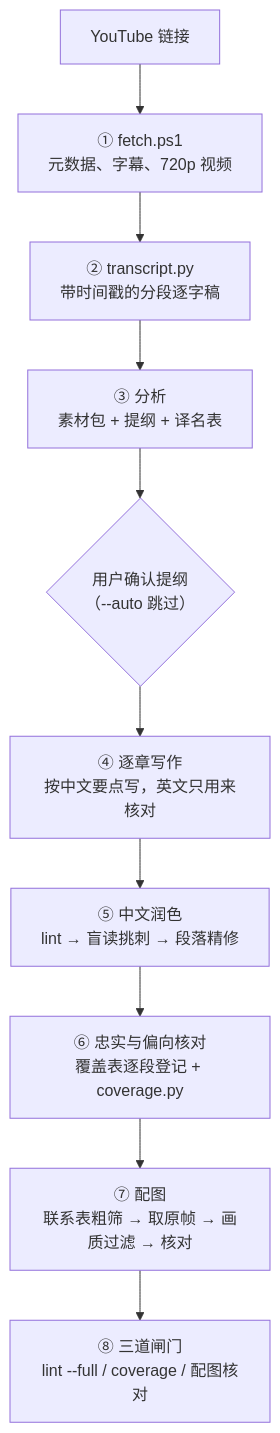
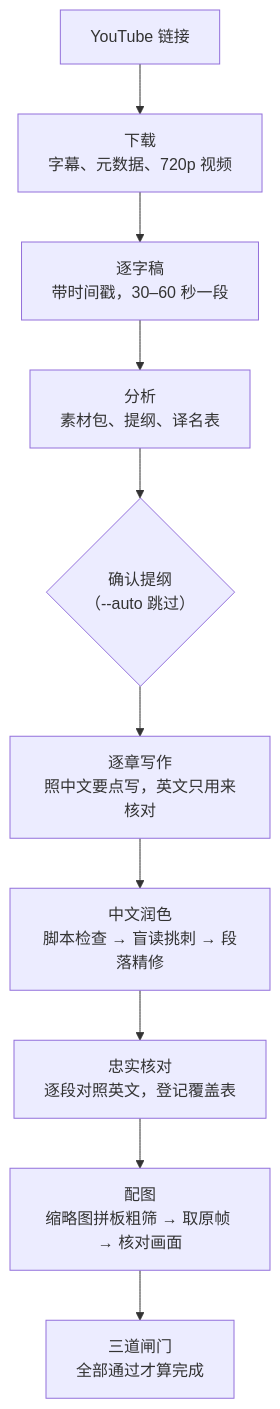
One commit to songyang8964/interview-video-workflow changed the diagram in README.md. Above: the diagram before and after it, drawn with Mermaid. The commit also changed other lines of this file, not shown here.

````diff
--- a/README.md
+++ b/README.md
@@ -13,12 +65,12 @@
 ```mermaid
 flowchart TD
-    U["YouTube 链接"] --> F["① fetch.ps1<br/>元数据、字幕、720p 视频"]
-    F --> T["② transcript.py<br/>带时间戳的分段逐字稿"]
-    T --> A["③ 分析<br/>素材包 + 提纲 + 译名表"]
-    A --> P{"用户确认提纲<br/>（--auto 跳过）"}
-    P --> W["④ 逐章写作<br/>按中文要点写，英文只用来核对"]
-    W --> L["⑤ 中文润色<br/>lint → 盲读挑刺 → 段落精修"]
-    L --> C["⑥ 忠实与偏向核对<br/>覆盖表逐段登记 + coverage.py"]
-    C --> I["⑦ 配图<br/>联系表粗筛 → 取原帧 → 画质过滤 → 核对"]
-    I --> O["⑧ 三道闸门<br/>lint --full / coverage / 配图核对"]
+    U["YouTube 链接"] --> F["下载<br/>字幕、元数据、720p 视频"]
+    F --> T["逐字稿<br/>带时间戳，30–60 秒一段"]
+    T --> A["分析<br/>素材包、提纲、译名表"]
+    A --> P{"确认提纲<br/>（--auto 跳过）"}
+    P --> W["逐章写作<br/>照中文要点写，英文只用来核对"]
+    W --> L["中文润色<br/>脚本检查 → 盲读挑刺 → 段落精修"]
+    L --> C["忠实核对<br/>逐段对照英文，登记覆盖表"]
+    C --> I["配图<br/>缩略图拼板粗筛 → 取原帧 → 核对画面"]
+    I --> G["三道闸门<br/>全部通过才算完成"]
 ```
````
